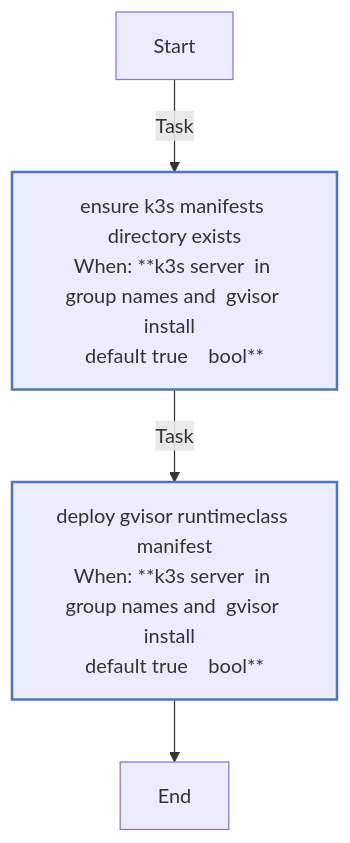
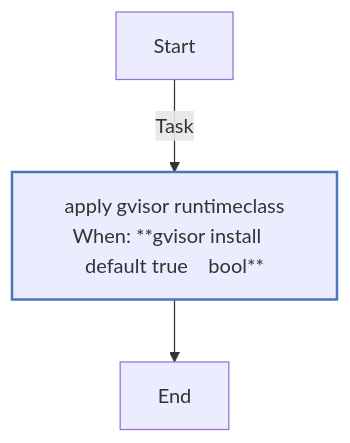
The third of 3 diagrams in roles/gvisor/README.md (rou-cru/k3s-homelab), drawn with Mermaid before and after one commit. The commit also changed other lines of this file and 277 other files, not shown here.

````diff
--- a/roles/gvisor/README.md
+++ b/roles/gvisor/README.md
@@ -117,16 +127,15 @@
 ```mermaid
 flowchart TD
 Start
 classDef block stroke:#3498db,stroke-width:2px;
 classDef task stroke:#4b76bb,stroke-width:2px;
 classDef includeTasks stroke:#16a085,stroke-width:2px;
 classDef importTasks stroke:#34495e,stroke-width:2px;
 classDef includeRole stroke:#2980b9,stroke-width:2px;
 classDef importRole stroke:#699ba7,stroke-width:2px;
 classDef includeVars stroke:#8e44ad,stroke-width:2px;
 classDef rescue stroke:#665352,stroke-width:2px;
 
-  Start-->|Task| Ensure_K3s_manifests_directory_exists0[ensure k3s manifests directory exists<br>When: **k3s server  in group names and  gvisor install  <br>default true    bool**]:::task
-  Ensure_K3s_manifests_directory_exists0-->|Task| Deploy_gVisor_RuntimeClass_manifest1[deploy gvisor runtimeclass manifest<br>When: **k3s server  in group names and  gvisor install  <br>default true    bool**]:::task
-  Deploy_gVisor_RuntimeClass_manifest1-->End
+  Start-->|Task| Apply_gVisor_RuntimeClass0[apply gvisor runtimeclass<br>When: **gvisor install   default true    bool**]:::task
+  Apply_gVisor_RuntimeClass0-->End
 ```
````
